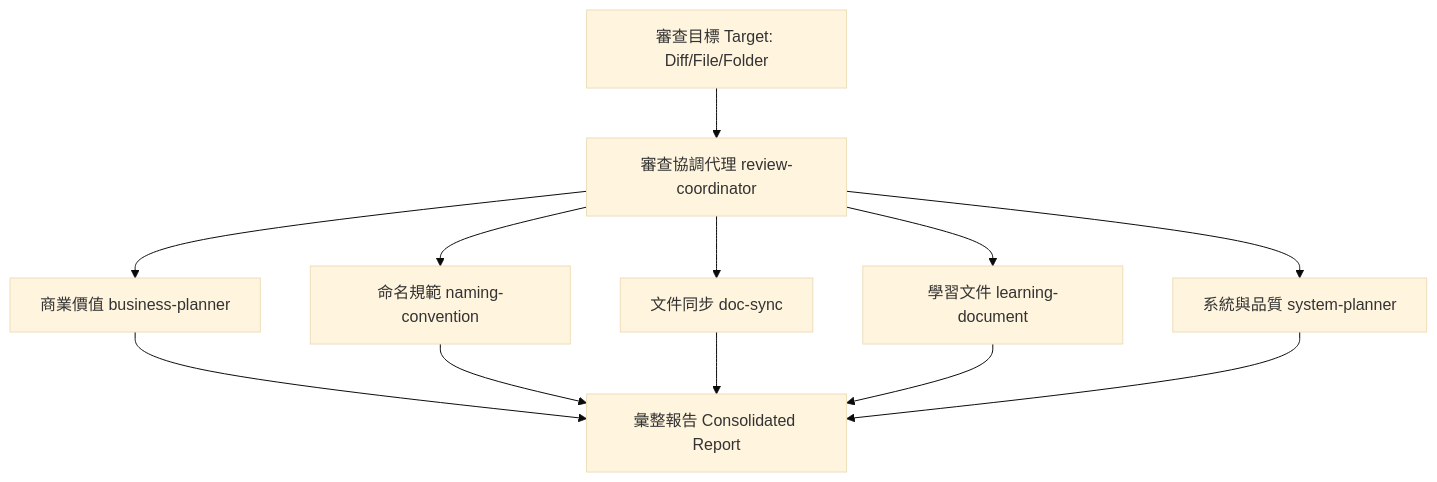
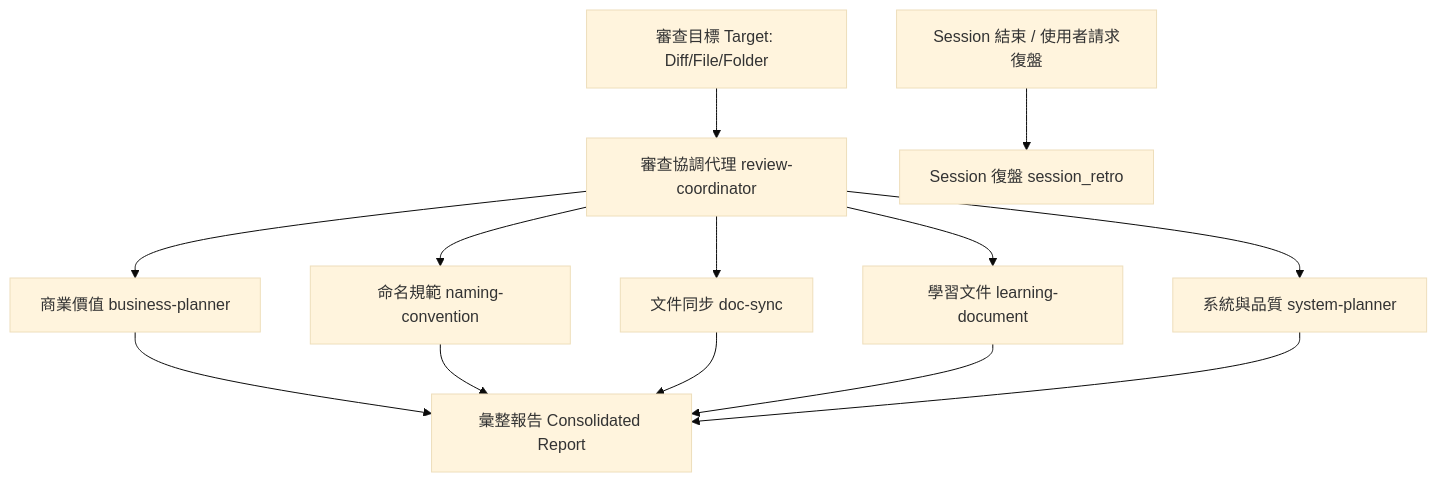
One commit to BizShuk/cc-plugin changed the diagram in plugins/review/README.md. Above: the diagram before and after it, drawn with Mermaid (base theme). The commit also changed other lines of this file and 4 other files, not shown here.

Commit message:
refactor: update superpower plugin documentation, test suites, and skill definitions while introducing the new session_retro skill.

````diff
--- a/plugins/review/README.md
+++ b/plugins/review/README.md
@@ -13,14 +13,15 @@
 ```mermaid
 graph TD
     Target[審查目標 Target: Diff/File/Folder] --> Coordinator[審查協調代理 review-coordinator]
     Coordinator --> S1[商業價值 business-planner]
     Coordinator --> S2[命名規範 naming-convention]
     Coordinator --> S3[文件同步 doc-sync]
     Coordinator --> S4[學習文件 learning-document]
     Coordinator --> S5[系統與品質 system-planner]
     S1 --> Report[彙整報告 Consolidated Report]
     S2 --> Report
     S3 --> Report
     S4 --> Report
     S5 --> Report
+    Session[Session 結束 / 使用者請求復盤] --> S6[Session 復盤 session_retro]
 ```
````
